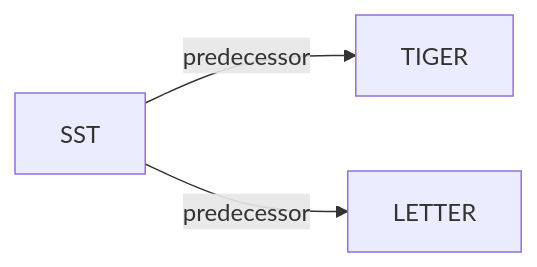
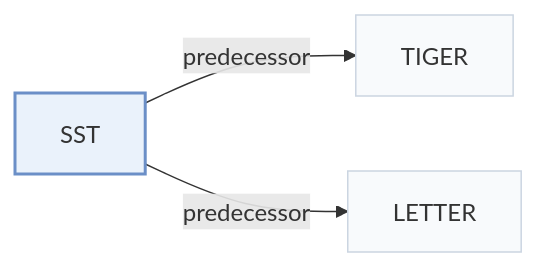
Before and after one commit to Galaxy-ghost/Awesome-SID-Generative-Rec: the second of 2 diagrams in pages/papers/sst.md, drawn with Mermaid. The commit also changed other lines of this file and 649 other files, not shown here.

Commit message:
writer-05: also tags and modality index (schema, check, build, visuals); summary field removed; calibration data for 12 papers

````diff
--- a/pages/papers/sst.md
+++ b/pages/papers/sst.md
@@ -69,6 +74,10 @@
 ```mermaid
 flowchart LR
     P["SST"]
-    P -->|predecessor| A["TIGER"]
-    P -->|predecessor| B["LETTER"]
+    P -->|"predecessor"| A["TIGER"]
+    P -->|"predecessor"| B["LETTER"]
+    classDef main fill:#eaf2fb,stroke:#6b8fc7,stroke-width:2px
+    classDef peer fill:#f8fafc,stroke:#cbd5e1
+    class P main
+    class A,B peer
 ```
````
